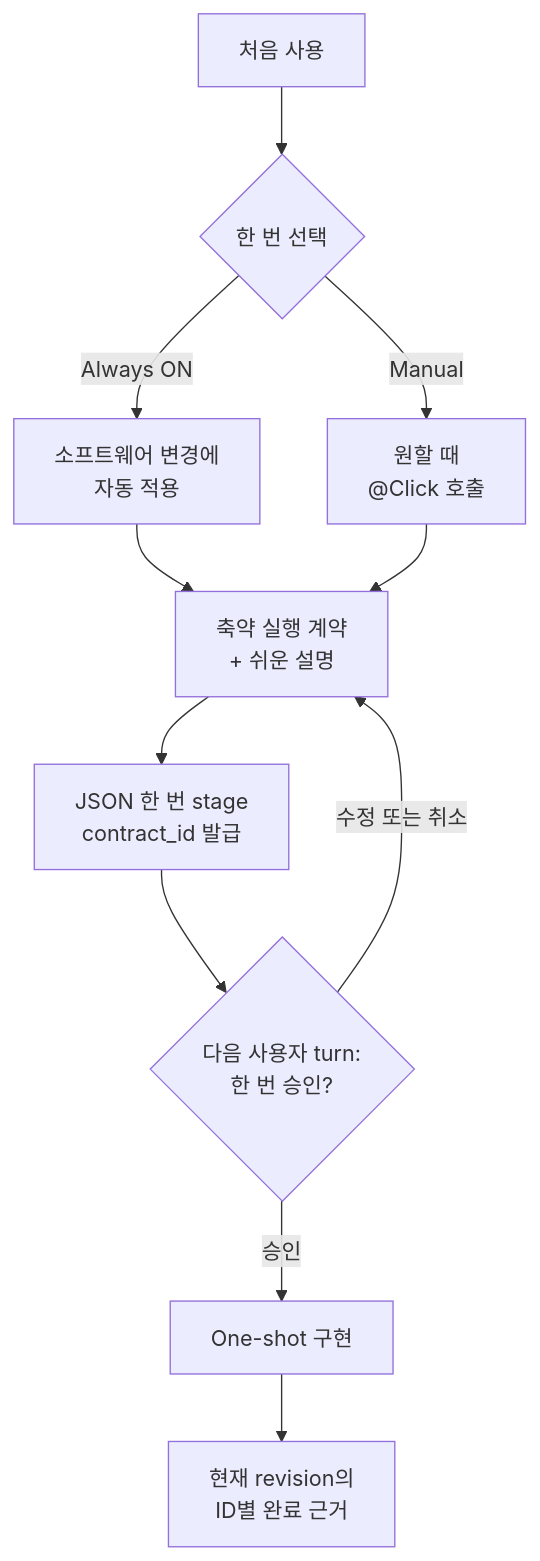
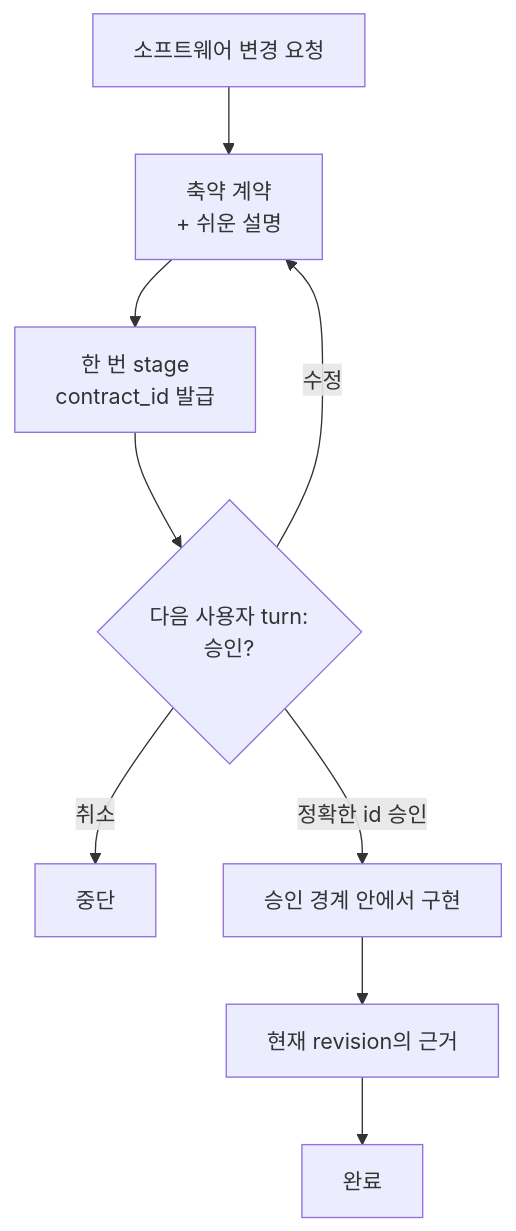
Before and after one commit to grapefruit0205/build-brief: the diagram in README.ko.md, drawn with Mermaid. The commit also changed other lines of this file, not shown here.

````diff
--- a/README.ko.md
+++ b/README.ko.md
@@ -102,13 +100,11 @@
 ```mermaid
 flowchart TB
-    A["처음 사용"] --> B{"한 번 선택"}
-    B -->|Always ON| C["소프트웨어 변경에<br/>자동 적용"]
-    B -->|Manual| D["원할 때<br/>@Click 호출"]
-    C --> E["축약 실행 계약<br/>+ 쉬운 설명"]
-    D --> E
-    E --> F["JSON 한 번 stage<br/>contract_id 발급"]
-    F --> I{"다음 사용자 turn:<br/>한 번 승인?"}
-    I -->|수정 또는 취소| E
-    I -->|승인| G["One-shot 구현"]
-    G --> H["현재 revision의<br/>ID별 완료 근거"]
+    A["소프트웨어 변경 요청"] --> B["축약 계약<br/>+ 쉬운 설명"]
+    B --> C["한 번 stage<br/>contract_id 발급"]
+    C --> D{"다음 사용자 turn:<br/>승인?"}
+    D -->|수정| B
+    D -->|취소| X["중단"]
+    D -->|정확한 id 승인| E["승인 경계 안에서 구현"]
+    E --> F["현재 revision의 근거"]
+    F --> G["완료"]
 ```
````
